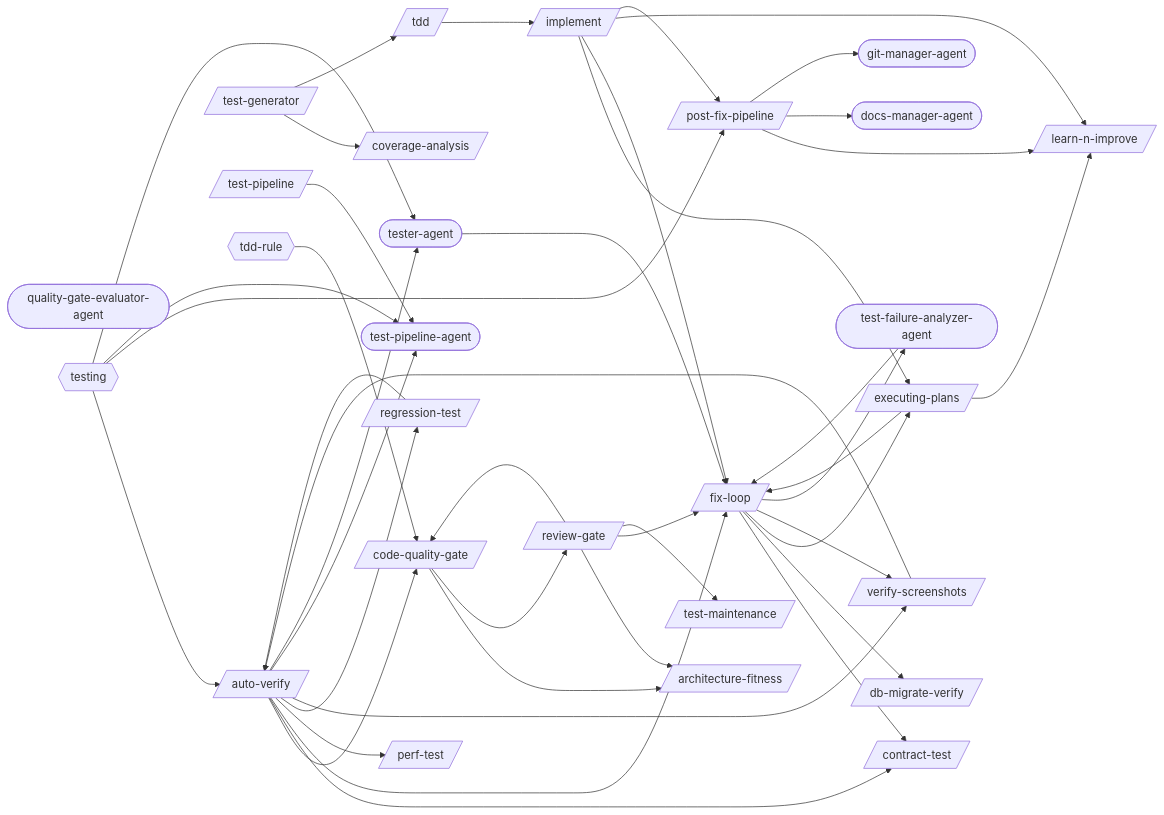
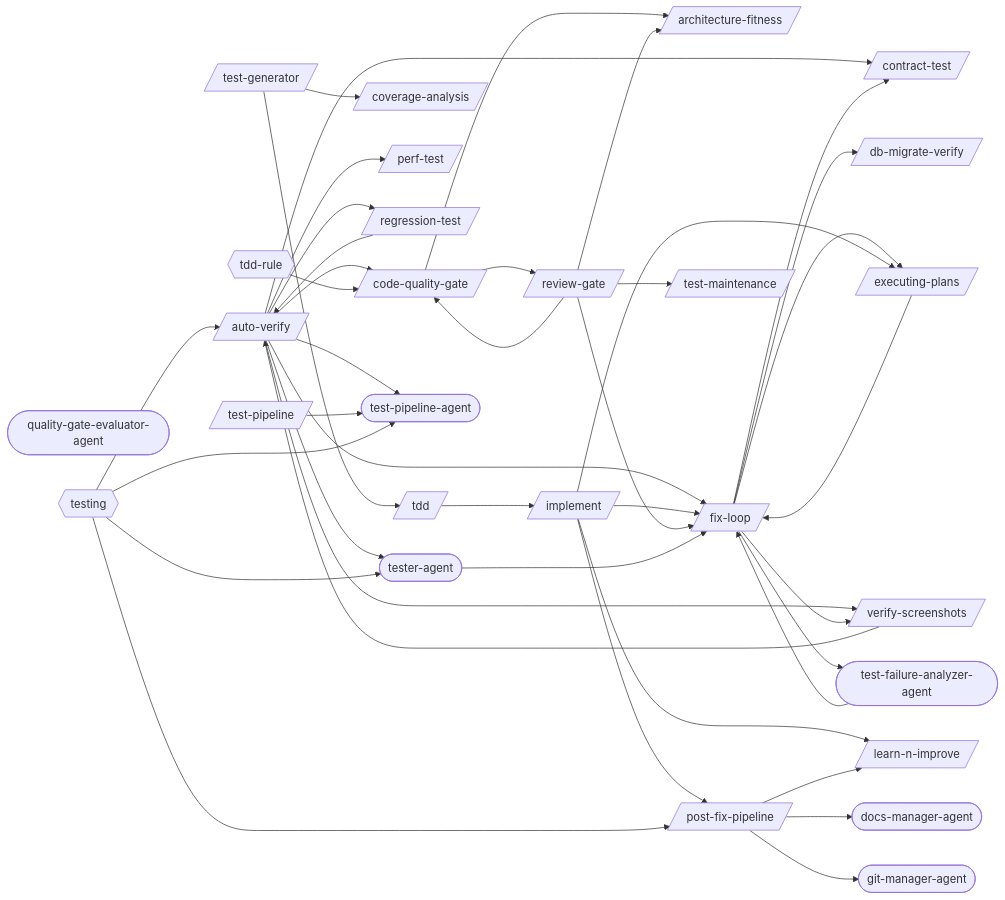
Before and after one commit to abhayla/claude-best-practices: the first of 2 diagrams in docs/workflows/testing-pipeline.md, drawn with Mermaid. The commit also changed other lines of this file and 11 other files, not shown here.

````diff
--- a/docs/workflows/testing-pipeline.md
+++ b/docs/workflows/testing-pipeline.md
@@ -9,71 +9,70 @@
 ```mermaid
 graph LR
     architecture_fitness[/architecture-fitness/]
     auto_verify[/auto-verify/]
     code_quality_gate[/code-quality-gate/]
     contract_test[/contract-test/]
     coverage_analysis[/coverage-analysis/]
     db_migrate_verify[/db-migrate-verify/]
     executing_plans[/executing-plans/]
     fix_loop[/fix-loop/]
     implement[/implement/]
     learn_n_improve[/learn-n-improve/]
     perf_test[/perf-test/]
     post_fix_pipeline[/post-fix-pipeline/]
     regression_test[/regression-test/]
     review_gate[/review-gate/]
     tdd[/tdd/]
     test_generator[/test-generator/]
     test_maintenance[/test-maintenance/]
     test_pipeline[/test-pipeline/]
     verify_screenshots[/verify-screenshots/]
     docs_manager_agent([docs-manager-agent])
     git_manager_agent([git-manager-agent])
     quality_gate_evaluator_agent([quality-gate-evaluator-agent])
     test_failure_analyzer_agent([test-failure-analyzer-agent])
     test_pipeline_agent([test-pipeline-agent])
     tester_agent([tester-agent])
     tdd_rule{{tdd-rule}}
     testing{{testing}}
     auto_verify --> code_quality_gate
     auto_verify --> contract_test
     auto_verify --> fix_loop
     auto_verify --> perf_test
     auto_verify --> regression_test
     auto_verify --> verify_screenshots
     auto_verify --> test_pipeline_agent
     auto_verify --> tester_agent
     code_quality_gate --> architecture_fitness
     code_quality_gate --> review_gate
     executing_plans --> fix_loop
-    executing_plans --> learn_n_improve
     fix_loop --> contract_test
     fix_loop --> db_migrate_verify
     fix_loop --> executing_plans
     fix_loop --> verify_screenshots
     fix_loop --> test_failure_analyzer_agent
     implement --> executing_plans
     implement --> fix_loop
     implement --> learn_n_improve
     implement --> post_fix_pipeline
     post_fix_pipeline --> learn_n_improve
     post_fix_pipeline --> docs_manager_agent
     post_fix_pipeline --> git_manager_agent
     regression_test --> auto_verify
     review_gate --> architecture_fitness
     review_gate --> code_quality_gate
     review_gate --> fix_loop
     review_gate --> test_maintenance
     tdd --> implement
     test_generator --> coverage_analysis
     test_generator --> tdd
     test_pipeline --> test_pipeline_agent
     verify_screenshots --> auto_verify
     test_failure_analyzer_agent --> fix_loop
     tester_agent --> fix_loop
     tdd_rule --> code_quality_gate
     testing --> auto_verify
     testing --> post_fix_pipeline
     testing --> test_pipeline_agent
     testing --> tester_agent
 ```
````
